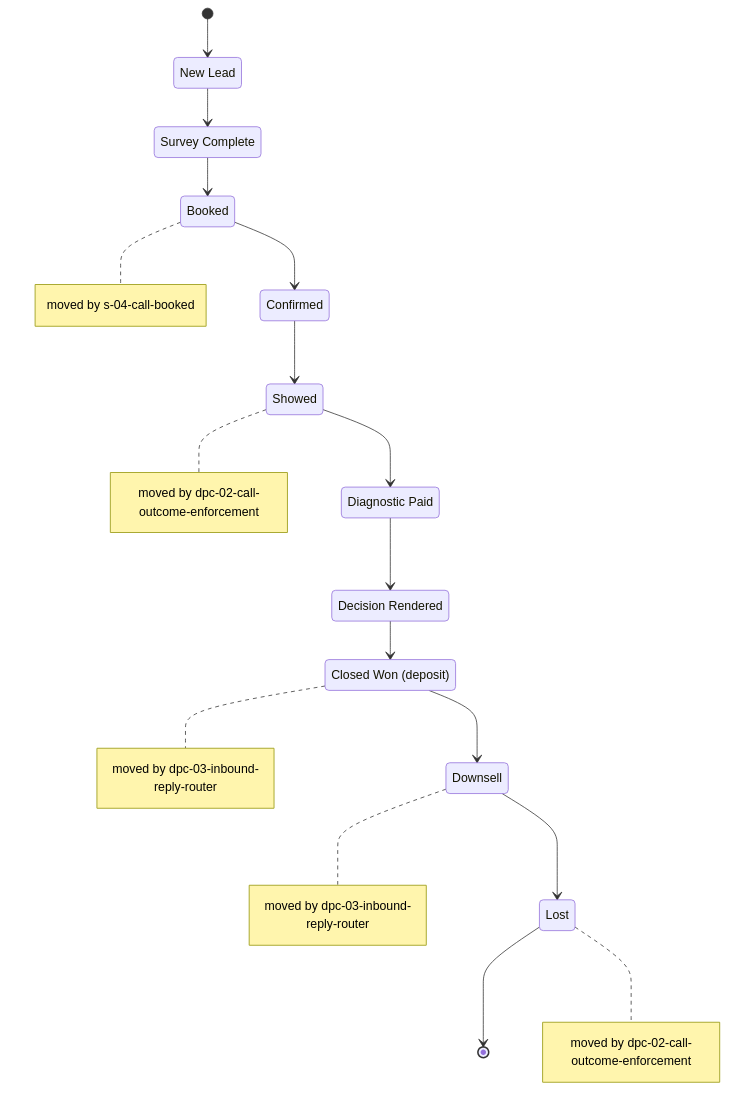
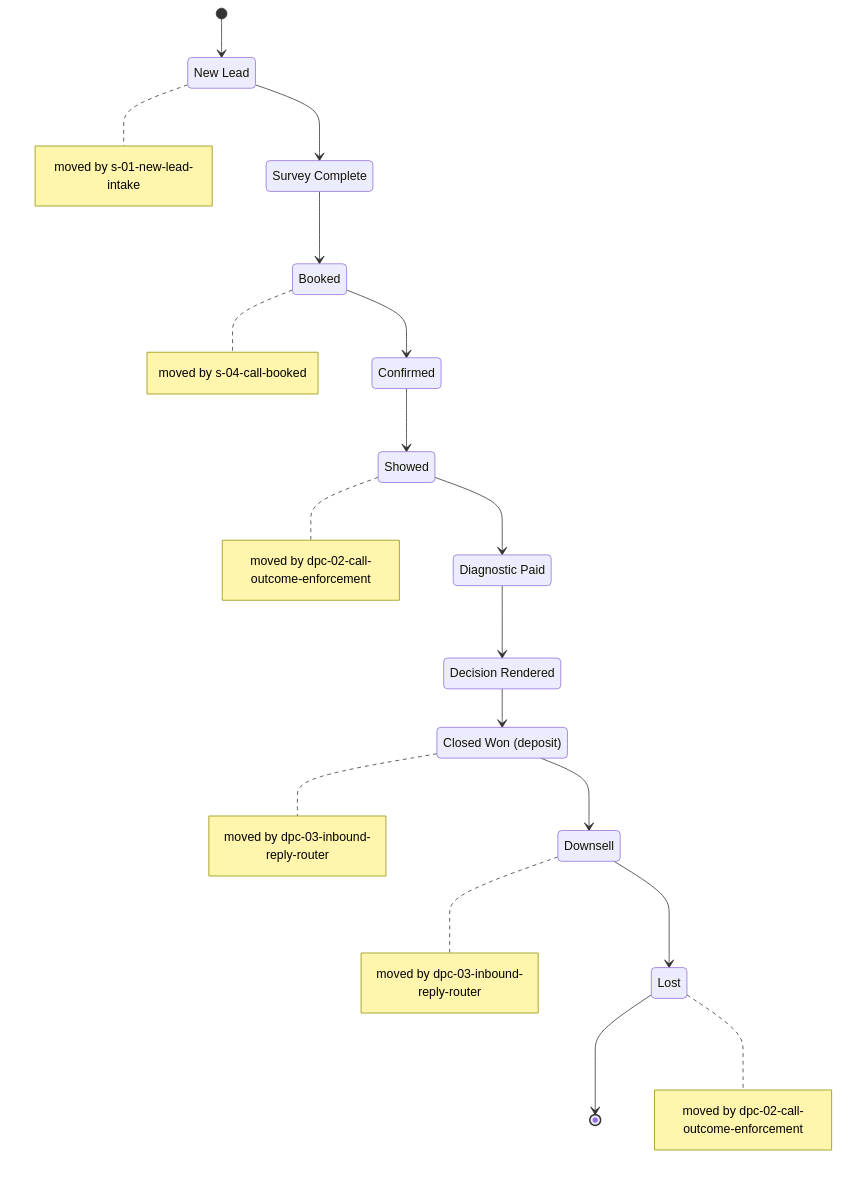
Before and after one commit to ZootimusMaximusSupreme/Fundhub_ai: the diagram in docs/diagrams/rails/sales.md, drawn with Mermaid. The commit also changed other lines of this file and 3 other files, not shown here.

````diff
--- a/docs/diagrams/rails/sales.md
+++ b/docs/diagrams/rails/sales.md
@@ -9,30 +9,31 @@
 ```mermaid
 stateDiagram-v2
     state "New Lead" as new_lead
     state "Survey Complete" as survey_complete
     state "Booked" as booked
     state "Confirmed" as confirmed
     state "Showed" as showed
     state "Diagnostic Paid" as diagnostic_paid
     state "Decision Rendered" as decision_rendered
     state "Closed Won (deposit)" as closed_won
     state "Downsell" as downsell
     state "Lost" as lost
 
     [*] --> new_lead
     new_lead --> survey_complete
     survey_complete --> booked
     booked --> confirmed
     confirmed --> showed
     showed --> diagnostic_paid
     diagnostic_paid --> decision_rendered
     decision_rendered --> closed_won
     closed_won --> downsell
     downsell --> lost
     lost --> [*]
     note right of showed : moved by dpc-02-call-outcome-enforcement
     note right of lost : moved by dpc-02-call-outcome-enforcement
     note right of closed_won : moved by dpc-03-inbound-reply-router
     note right of downsell : moved by dpc-03-inbound-reply-router
+    note right of new_lead : moved by s-01-new-lead-intake
     note right of booked : moved by s-04-call-booked
 ```
````
